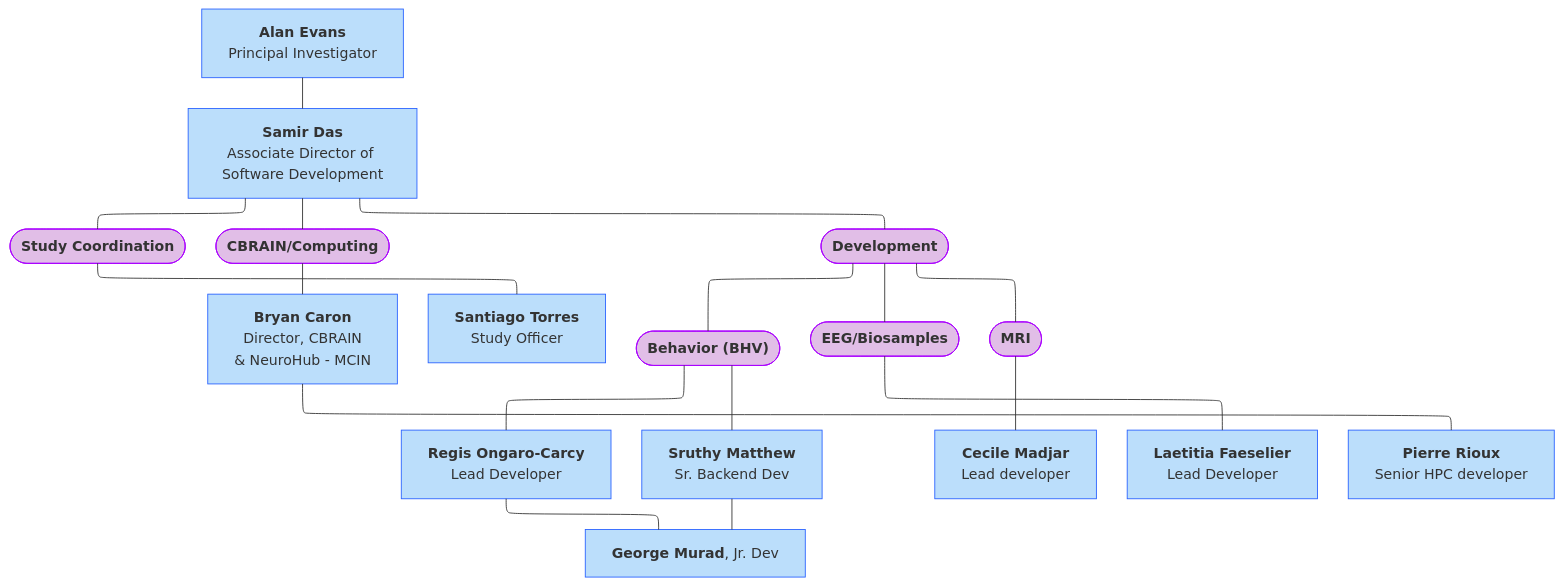
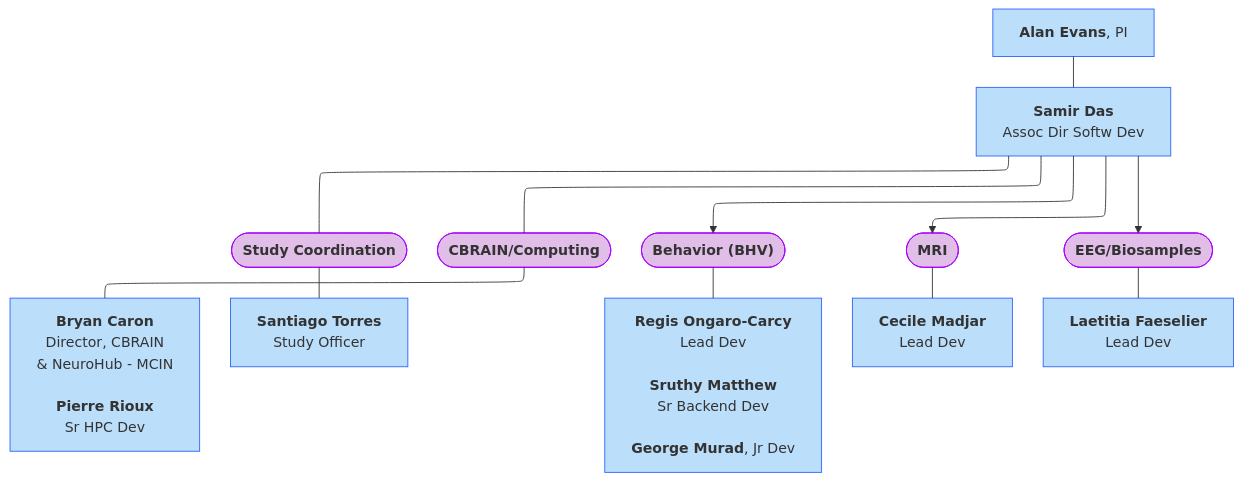
One commit to DCAN-Labs/hbcd-docs-internal changed the second of 3 diagrams in docs/orgcharts_alt.md. Above: the diagram before and after it, drawn with Mermaid. The commit also changed 1 other file, not shown here.

Commit message:
loris update

````diff
--- a/docs/orgcharts_alt.md
+++ b/docs/orgcharts_alt.md
@@ -65,43 +65,33 @@
 ```mermaid
 ---
 config:
   layout: elk
 ---
 flowchart TB
-    A["<b>Alan Evans</b><br>Principal Investigator"] --- nl["<b>Samir Das</b><br>Associate Director of Software Development"]
-    nl --- n9(["<b>Study Coordination</b>"]) & C(["<b>CBRAIN/Computing</b>"]) & B(["<b>Development</b>"])
-    C --- n12["<b>Bryan Caron</b><br>Director, CBRAIN<br>&amp; NeuroHub - MCIN"]
+    A["<b>Alan Evans</b>, PI"] --- nl["<b>Samir Das</b><br>Assoc Dir Softw Dev"]
+    nl --- n9(["<b>Study Coordination</b>"]) & C(["<b>CBRAIN/Computing</b>"])
+    C --- n12["<b>Bryan Caron</b><br>Director, CBRAIN<br>&amp; NeuroHub - MCIN<br><br><b>Pierre Rioux</b><br>Sr HPC Dev"]
     n9 --- E["<b>Santiago Torres</b><br>Study Officer"]
-    B --- F(["<b>Behavior (BHV)</b>"]) & H(["<b>EEG/Biosamples</b>"]) & G(["<b>MRI</b>"])
-    F --- I["<b>Regis Ongaro-Carcy</b><br>Lead Developer"] & n10["<b>Sruthy Matthew</b><br>Sr. Backend Dev"]
-    G --- L["<b>Cecile Madjar</b><br>Lead developer"]
-    H --- M["<b>Laetitia Faeselier</b><br>Lead Developer"]
-    n10 --- n11["<b>George Murad</b>, Jr. Dev"]
-    I --- n11
-    n12 --- D["<b>Pierre Rioux</b><br>Senior HPC developer"]
+    F(["<b>Behavior (BHV)</b>"]) --- I["<b>Regis Ongaro-Carcy</b><br>Lead Dev<br><br><b>Sruthy Matthew</b><br>Sr Backend Dev<br><br><b>George Murad</b>, Jr Dev"]
+    G(["<b>MRI</b>"]) --- L["<b>Cecile Madjar</b><br>Lead Dev"]
+    H(["<b>EEG/Biosamples</b>"]) --- M["<b>Laetitia Faeselier</b><br>Lead Dev"]
+    nl --> G & H & F
+    I@{ shape: rect}
     style A stroke:#2962FF,fill:#BBDEFB
     style nl stroke:#2962FF,fill:#BBDEFB
     style n9 stroke:#AA00FF,fill:#E1BEE7
     style C stroke:#AA00FF,fill:#E1BEE7
-    style B stroke:#AA00FF,fill:#E1BEE7
     style n12 stroke:#2962FF,fill:#BBDEFB
     style E stroke:#2962FF,fill:#BBDEFB
     style F stroke:#AA00FF,fill:#E1BEE7
+    style I stroke:#2962FF,fill:#BBDEFB
+    style G stroke:#AA00FF,fill:#E1BEE7
+    style L stroke:#2962FF,fill:#BBDEFB
     style H stroke:#AA00FF,fill:#E1BEE7
-    style G stroke:#AA00FF,fill:#E1BEE7
-    style I stroke:#2962FF,fill:#BBDEFB
-    style n10 stroke:#2962FF,fill:#BBDEFB
-    style L stroke:#2962FF,fill:#BBDEFB
     style M stroke:#2962FF,fill:#BBDEFB
-    style n11 stroke:#2962FF,fill:#BBDEFB
-    style D stroke:#2962FF,fill:#BBDEFB
     click A "#evans"
     click nl "#das"
     click E "#torres"
-    click I "#ongaro-carcy"
-    click n10 "#matthew"
     click L "#madjar"
     click M "#faeselier"
-    click n11 "#murad"
-    click D "#rioux"
 ```
````
